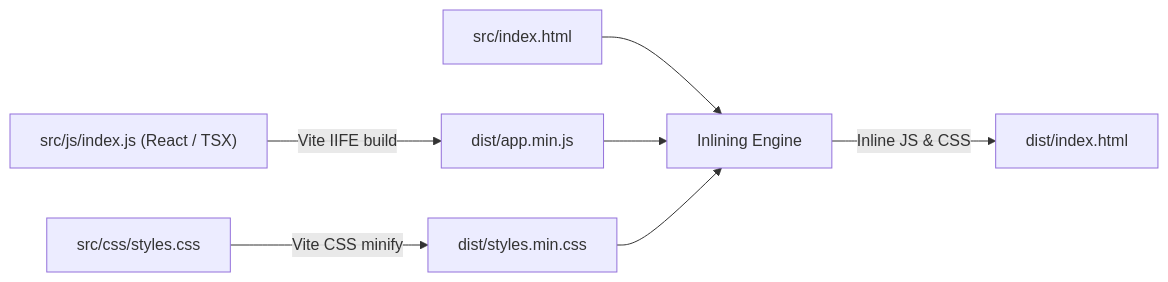
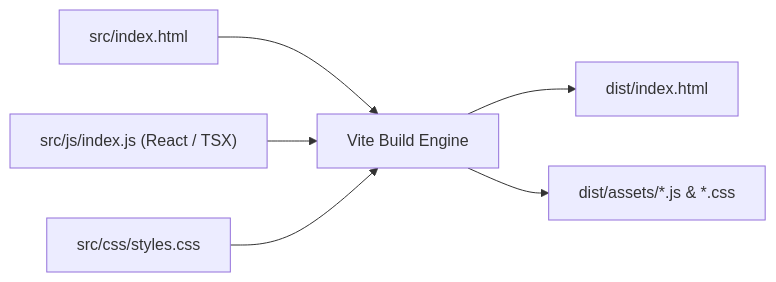
Before and after one commit to juftin/crossleague: the second of 2 diagrams in docs/architecture.md, drawn with Mermaid. The commit also changed other lines of this file and 9 other files, not shown here.

First line of the commit message:
♻️ (build): standardize build process with native Vite and multi-chunk assets

````diff
--- a/docs/architecture.md
+++ b/docs/architecture.md
@@ -163,9 +164,8 @@
 ```mermaid
 flowchart LR
-    srcJS["src/js/index.js (React / TSX)"] -->|Vite IIFE build| distJS["dist/app.min.js"]
-    srcCSS["src/css/styles.css"] -->|Vite CSS minify| distCSS["dist/styles.min.css"]
-    srcHTML["src/index.html"] --> Inliner["Inlining Engine"]
-    distJS --> Inliner
-    distCSS --> Inliner
-    Inliner -->|Inline JS & CSS| distHTML["dist/index.html"]
+    srcHTML["src/index.html"] --> Vite["Vite Build Engine"]
+    srcJS["src/js/index.js (React / TSX)"] --> Vite
+    srcCSS["src/css/styles.css"] --> Vite
+    Vite --> distHTML["dist/index.html"]
+    Vite --> distAssets["dist/assets/*.js & *.css"]
 ```
````
